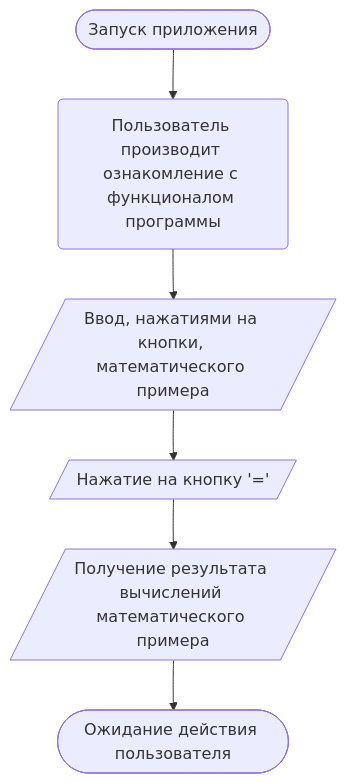
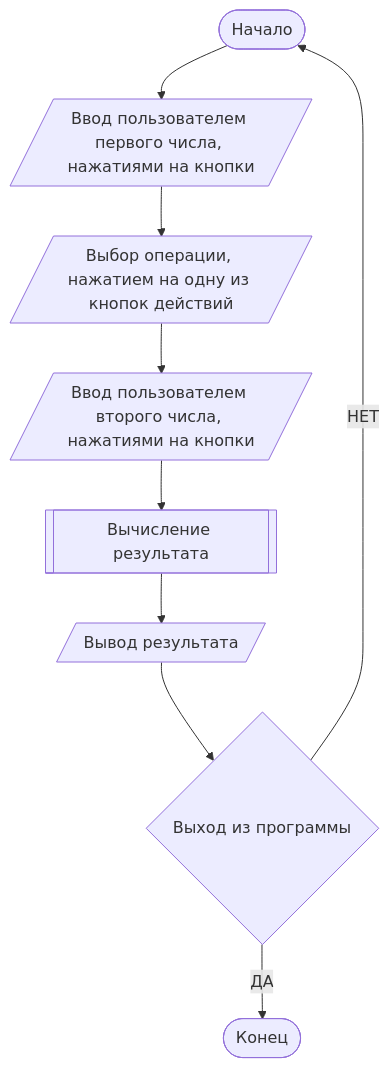
One commit to KirichenkoND/Application-11-14 changed the diagram in README.md. Above: the diagram before and after it, drawn with Mermaid. The commit also changed other lines of this file, not shown here.

````diff
--- a/README.md
+++ b/README.md
@@ -14,11 +14,13 @@
 ```mermaid
-
 flowchart TB
-node1([Запуск приложения]) 
---> node2(Пользователь производит ознакомление с функционалом программы) 
---> node3[/Ввод, нажатиями на кнопки, математического примера/] 
---> node4[/Нажатие на кнопку '='/] 
---> node5[/Получение результата вычислений математического примера/] 
---> node6([Ожидание действия пользователя])
+node1([Начало]) -->
+node2[/Ввод пользователем первого числа, нажатиями на кнопки/] -->
+node3[/Выбор операции, нажатием на одну из кнопок действий/] -->
+node4[/Ввод пользователем второго числа, нажатиями на кнопки/] -->
+node5[[Вычисление результата]] -->
+node6[/Вывод результата/] -->
+node7{Выход из программы} 
+node7--НЕТ--> node1
+node7--ДА--> node9([Конец])
 
 ```
````
